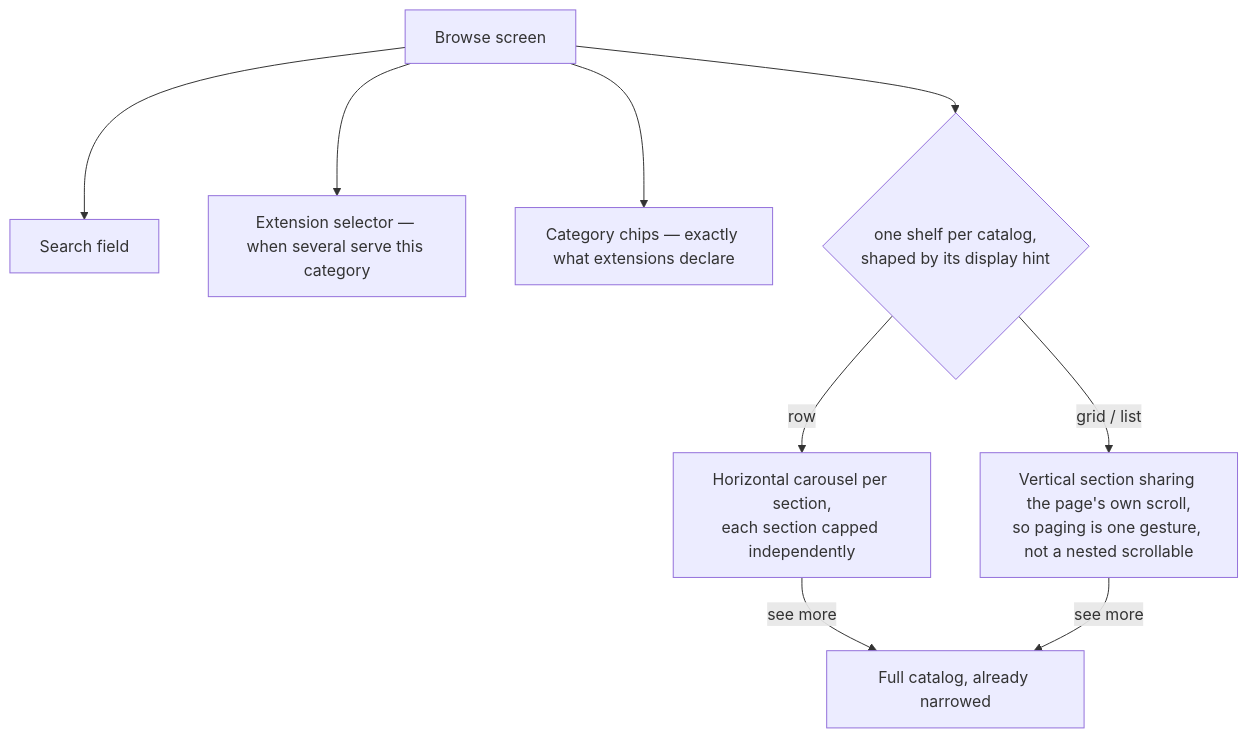
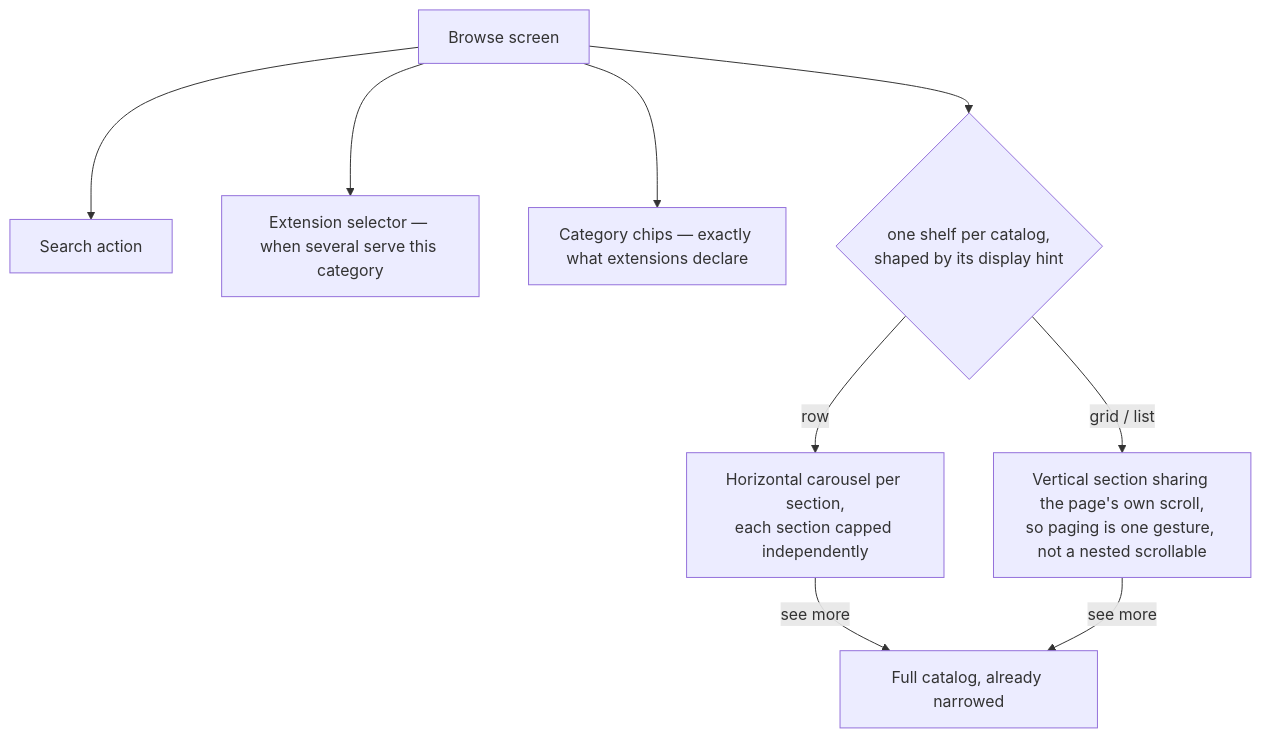
Before and after one commit to nimbusfvck/fvcksubs: the fourth of 6 diagrams in docs/06-app-layer.md, drawn with Mermaid. The commit also changed other lines of this file and 3 other files, not shown here.

````diff
--- a/docs/06-app-layer.md
+++ b/docs/06-app-layer.md
@@ -94,10 +94,10 @@
 ```mermaid
 flowchart TB
-    BP["Browse screen"] --> SF["Search field"]
+    BP["Browse screen"] --> SF["Search action"]
     BP --> PS["Extension selector — when several serve this category"]
     BP --> CH["Category chips — exactly what extensions declare"]
     BP --> SH{"one shelf per catalog,<br/>shaped by its display hint"}
     SH -->|row| CAR["Horizontal carousel per section,<br/>each section capped independently"]
     SH -->|grid / list| GRD["Vertical section sharing the page's own scroll,<br/>so paging is one gesture, not a nested scrollable"]
     CAR & GRD -->|see more| FULL["Full catalog, already narrowed"]
 ```
````
